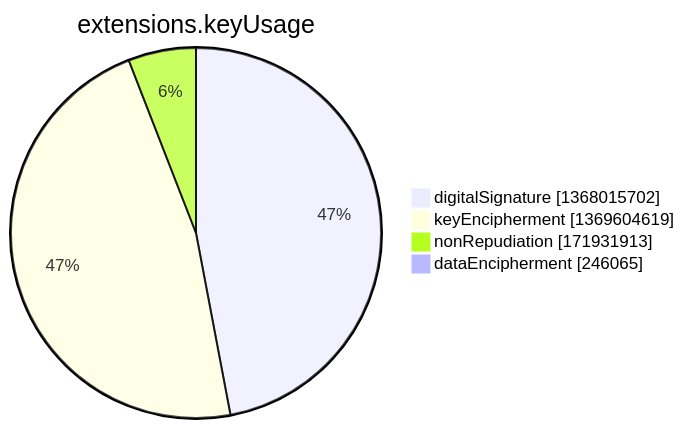
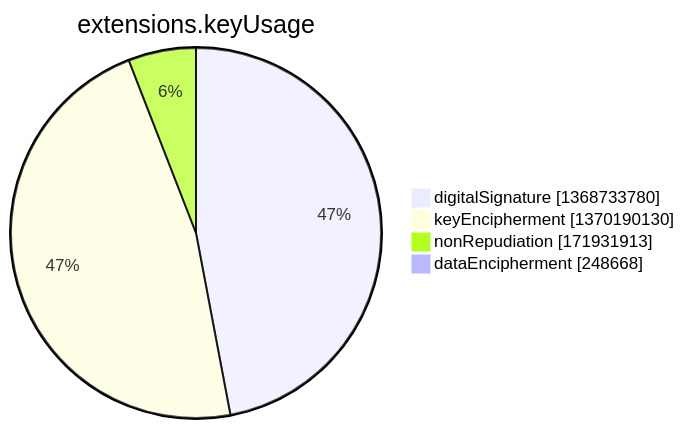
Before and after one commit to christiankrug/ctmonitor_visualization: the seventh of 15 diagrams in argon2022/README.md, drawn with Mermaid. The commit also changed other lines of this file, not shown here.

````diff
--- a/argon2022/README.md
+++ b/argon2022/README.md
@@ -2751,8 +2751,8 @@
 ```mermaid
 pie showData
 title extensions.keyUsage
-"digitalSignature" :1368015702
-"keyEncipherment" :1369604619
+"digitalSignature" :1368733780
+"keyEncipherment" :1370190130
 "nonRepudiation" :171931913
-"dataEncipherment" :246065
+"dataEncipherment" :248668
 ```
````
